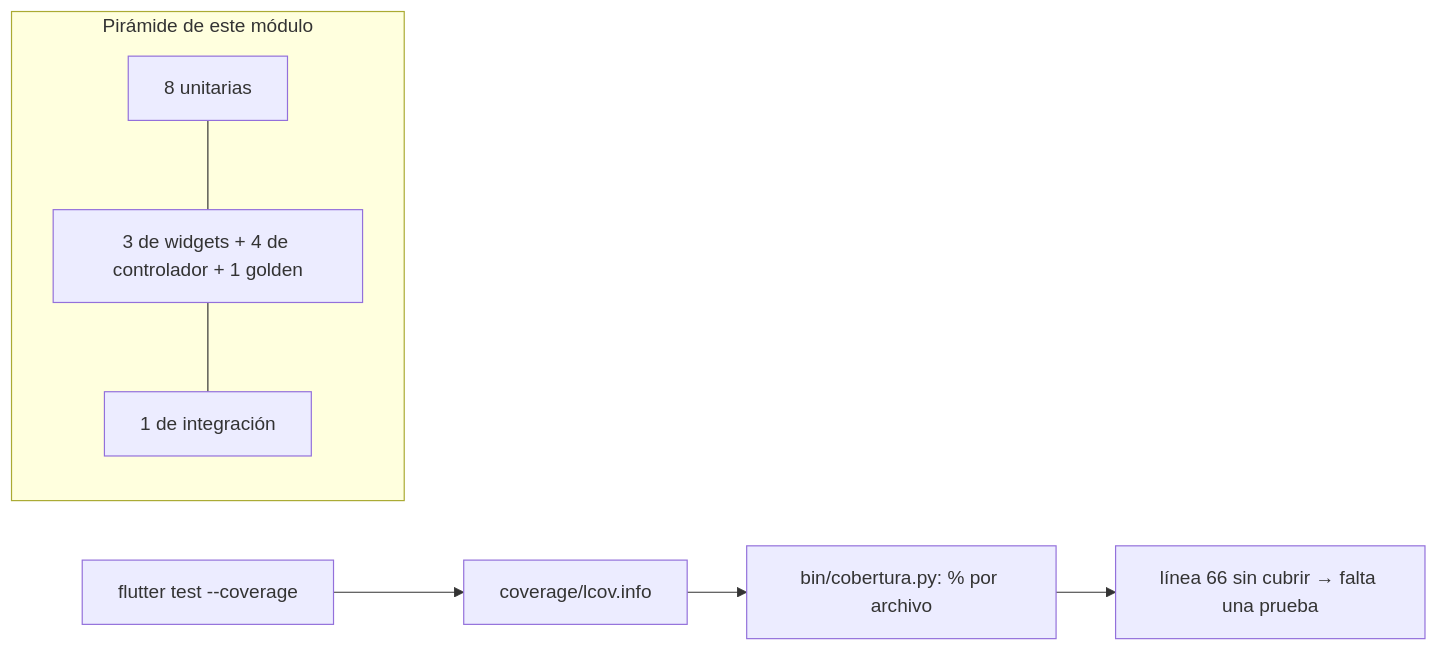
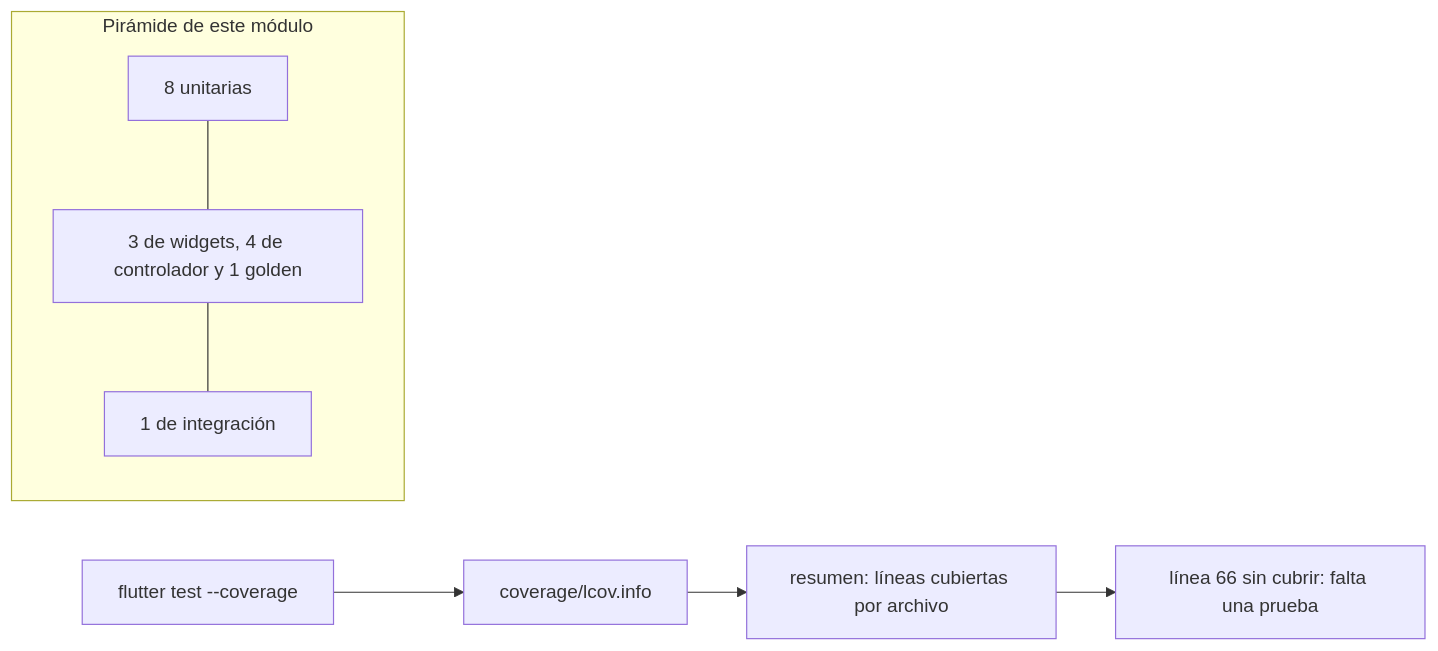
The fifth of 5 diagrams in web/public/content/flutter/modulo-9.md (NICORUIZ93/The_Imperial_Book), drawn with Mermaid before and after one commit. The commit also changed other lines of this file and 65 other files, not shown here.

````diff
--- a/web/public/content/flutter/modulo-9.md
+++ b/web/public/content/flutter/modulo-9.md
@@ -1243,9 +1660,9 @@
 ```mermaid
 flowchart LR
     subgraph P["Pirámide de este módulo"]
-        U["8 unitarias"] --- W["3 de widgets + 4 de controlador + 1 golden"] --- I["1 de integración"]
+        U["8 unitarias"] --- W["3 de widgets, 4 de controlador y 1 golden"] --- I["1 de integración"]
     end
     T["flutter test --coverage"] --> L["coverage/lcov.info"]
-    L --> R["bin/cobertura.py: % por archivo"]
-    R --> X["línea 66 sin cubrir → falta una prueba"]
+    L --> R["resumen: líneas cubiertas por archivo"]
+    R --> X["línea 66 sin cubrir: falta una prueba"]
 ```
````
